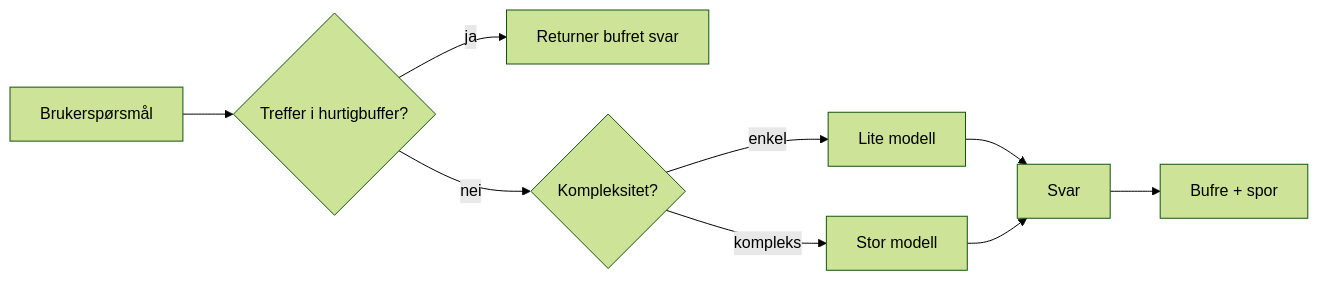
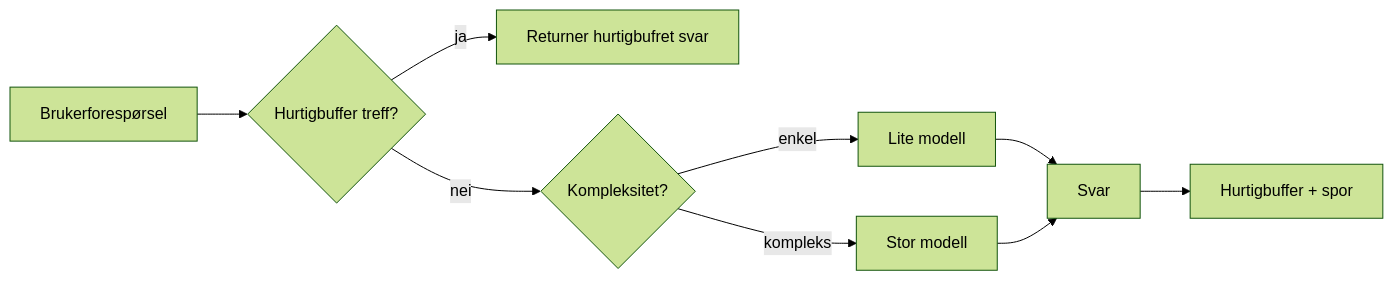
One commit to gabrielmoreira/agent-skills-mirror changed the third of 4 diagrams in mirrors/repos/microsoft@ai-agents-for-beginners/translations/no/16-deploying-scalable-agents/README.md. Above: the diagram before and after it, drawn with Mermaid (forest theme). The commit also changed other lines of this file and 3581 other files, not shown here.

````diff
--- a/mirrors/repos/microsoft@ai-agents-for-beginners/translations/no/16-deploying-scalable-agents/README.md
+++ b/mirrors/repos/microsoft@ai-agents-for-beginners/translations/no/16-deploying-scalable-agents/README.md
@@ -134,11 +134,11 @@
 ```mermaid
 flowchart LR
-    Q[Brukerspørsmål] --> C{Treffer i hurtigbuffer?}
-    C -->|ja| R[Returner bufret svar]
+    Q[Brukerforespørsel] --> C{Hurtigbuffer treff?}
+    C -->|ja| R[Returner hurtigbufret svar]
     C -->|nei| Router{Kompleksitet?}
     Router -->|enkel| SLM[Lite modell]
     Router -->|kompleks| LLM[Stor modell]
     SLM --> Out[Svar]
     LLM --> Out
-    Out --> Store[Bufre + spor]
+    Out --> Store[Hurtigbuffer + spor]
 ```
````
